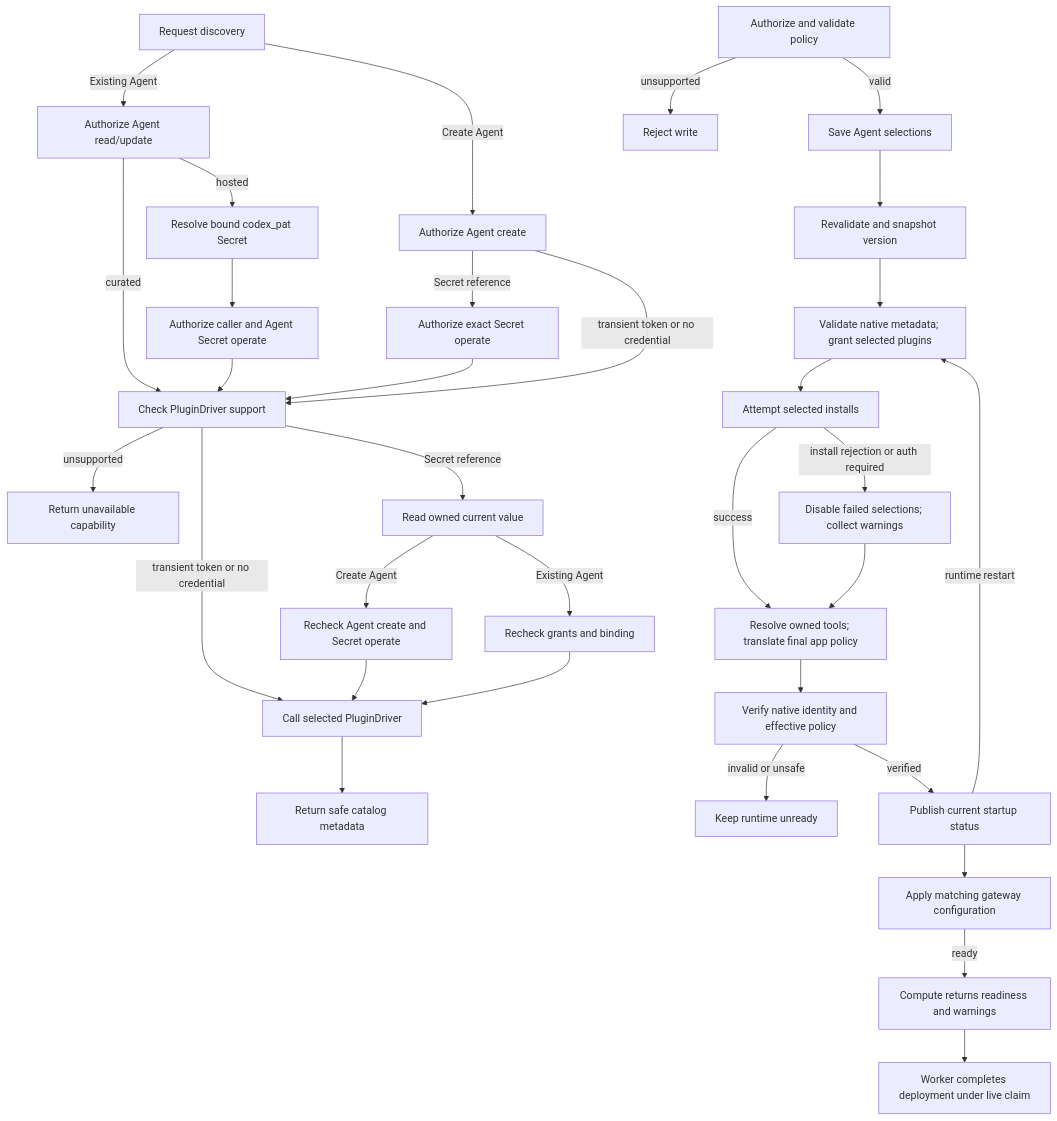
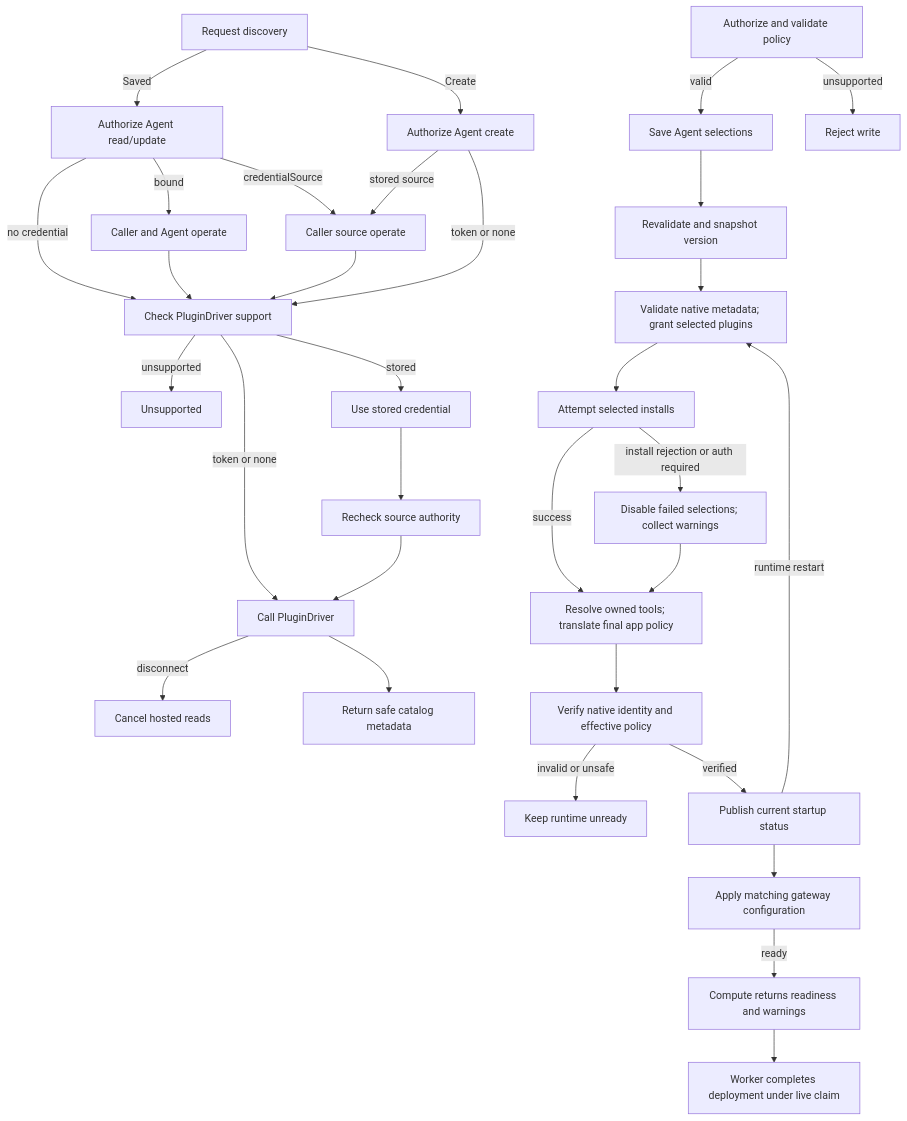
One commit to openclaw/openclaw-enterprise changed the diagram in docs/flows/agent-plugins.md. Above: the diagram before and after it, drawn with Mermaid. The commit also changed other lines of this file and 3 other files, not shown here.

Commit message:
Cancel hosted plugin discovery after the client disconnects

````diff
--- a/docs/flows/agent-plugins.md
+++ b/docs/flows/agent-plugins.md
@@ -30,35 +30,30 @@
 ```mermaid
 graph TD
-  D0["Request discovery"] -->|Create Agent| D1["Authorize Agent create"]
-  D0 -->|Existing Agent| E0["Authorize Agent read/update"]
-  E0 -->|curated| D6
-  E0 -->|hosted| E1["Resolve bound codex_pat Secret"]
-  E1 --> E2["Authorize caller and Agent Secret operate"]
-  E2 --> D6
-  D1 -->|Secret reference| D2["Authorize exact Secret operate"]
-  D2 --> D6["Check PluginDriver support"]
-  D1 -->|transient token or no credential| D6
-  D6 -->|unsupported| D7["Return unavailable capability"]
-  D6 -->|Secret reference| D3["Read owned current value"]
-  D6 -->|transient token or no credential| D4["Call selected PluginDriver"]
-  D3 -->|Create Agent| E4["Recheck Agent create and Secret operate"]
-  E4 --> D4
-  D3 -->|Existing Agent| E3["Recheck grants and binding"]
-  E3 --> D4
+  D0["Request discovery"] -->|Create| D1["Authorize Agent create"]
+  D0 -->|Saved| E0["Authorize Agent read/update"]
+  E0 -->|no credential| D6
+  E0 -->|bound| E1["Caller and Agent operate"] --> D6
+  E0 -->|credentialSource| D2
+  D1 -->|stored source| D2["Caller source operate"] --> D6["Check PluginDriver support"]
+  D1 -->|token or none| D6
+  D6 -->|unsupported| D7["Unsupported"]
+  D6 -->|token or none| D4["Call PluginDriver"]
+  D6 -->|stored| D3["Use stored credential"] --> E3["Recheck source authority"] --> D4
+  D4 -->|disconnect| D8["Cancel hosted reads"]
   D4 --> D5["Return safe catalog metadata"]
   A["Authorize and validate policy"] -->|valid| S["Save Agent selections"]
   A -->|unsupported| Y["Reject write"]
   S --> B["Revalidate and snapshot version"]
   B --> C["Validate native metadata; grant selected plugins"]
   C --> D["Attempt selected installs"]
   D -->|install rejection or auth required| E["Disable failed selections; collect warnings"]
   D -->|success| T["Resolve owned tools; translate final app policy"]
   E --> T
   T --> F["Verify native identity and effective policy"]
   F -->|invalid or unsafe| X["Keep runtime unready"]
   F -->|verified| G["Publish current startup status"]
   G --> H["Apply matching gateway configuration"]
   H -->|ready| I["Compute returns readiness and warnings"]
   I --> J["Worker completes deployment under live claim"]
   G -->|runtime restart| C
 ```
````
